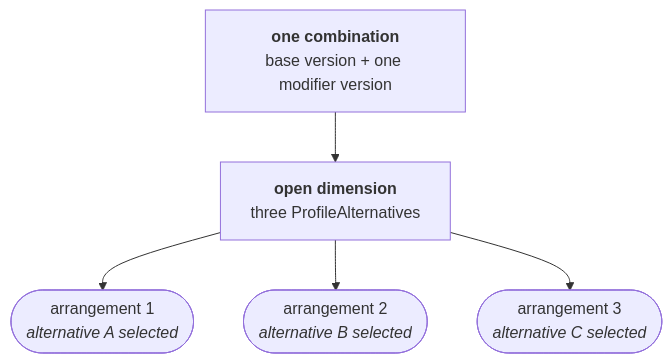
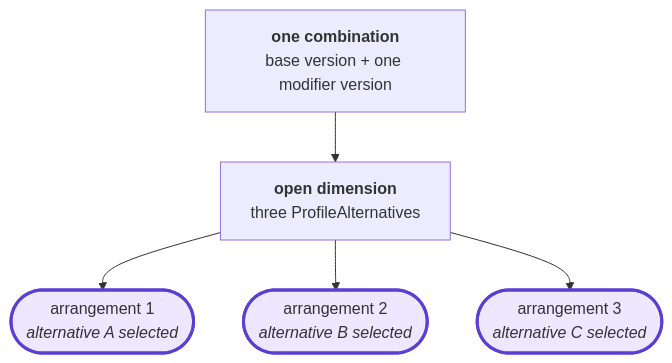
Before and after one commit to GreenButtonAlliance/urpx-rate-plans: the second of 2 diagrams in doc/service-arrangements.md, drawn with Mermaid. The commit also changed other lines of this file, not shown here.

````diff
--- a/doc/service-arrangements.md
+++ b/doc/service-arrangements.md
@@ -54,14 +53,18 @@
 ```mermaid
 
 graph TB
     B["<b>one combination</b><br/>base version + one modifier version"]
     D["<b>open dimension</b><br/>three ProfileAlternatives"]
     A1(["arrangement 1<br/><i>alternative A selected</i>"])
     A2(["arrangement 2<br/><i>alternative B selected</i>"])
     A3(["arrangement 3<br/><i>alternative C selected</i>"])
 
     B --> D
     D --> A1
     D --> A2
     D --> A3
+
+    style A1 fill:#ede7ff,stroke:#5b3fd4,stroke-width:3px
+    style A2 fill:#ede7ff,stroke:#5b3fd4,stroke-width:3px
+    style A3 fill:#ede7ff,stroke:#5b3fd4,stroke-width:3px
 ```
````
